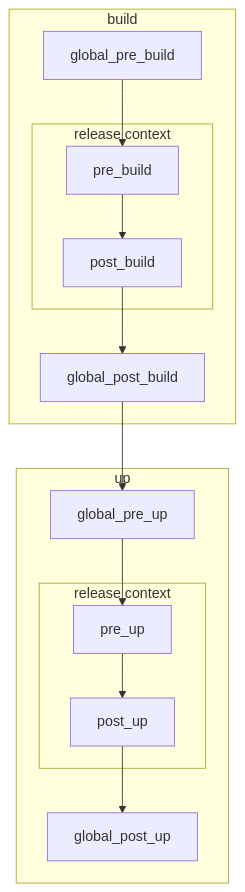
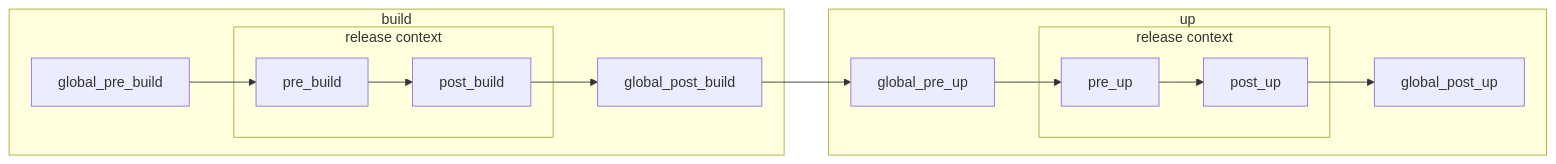
One commit to helmwave/docs changed the diagram in docs/examples/lifecycle/README.md. Above: the diagram before and after it, drawn with Mermaid. The commit also changed other lines of this file and 11 other files, not shown here.

````diff
--- a/docs/examples/lifecycle/README.md
+++ b/docs/examples/lifecycle/README.md
@@ -7,23 +11,23 @@
 ```mermaid
-flowchart TD
+flowchart LR
     
     
     subgraph build
         global_pre_build --> pre_build
         subgraph release context
             pre_build --> post_build 
         end
         post_build --> global_post_build
     end
     
     global_post_build --> global_pre_up
     
     subgraph up
         global_pre_up --> pre_up
         subgraph release context
             pre_up --> post_up
         end
         post_up --> global_post_up
     end
     
 ```
````
